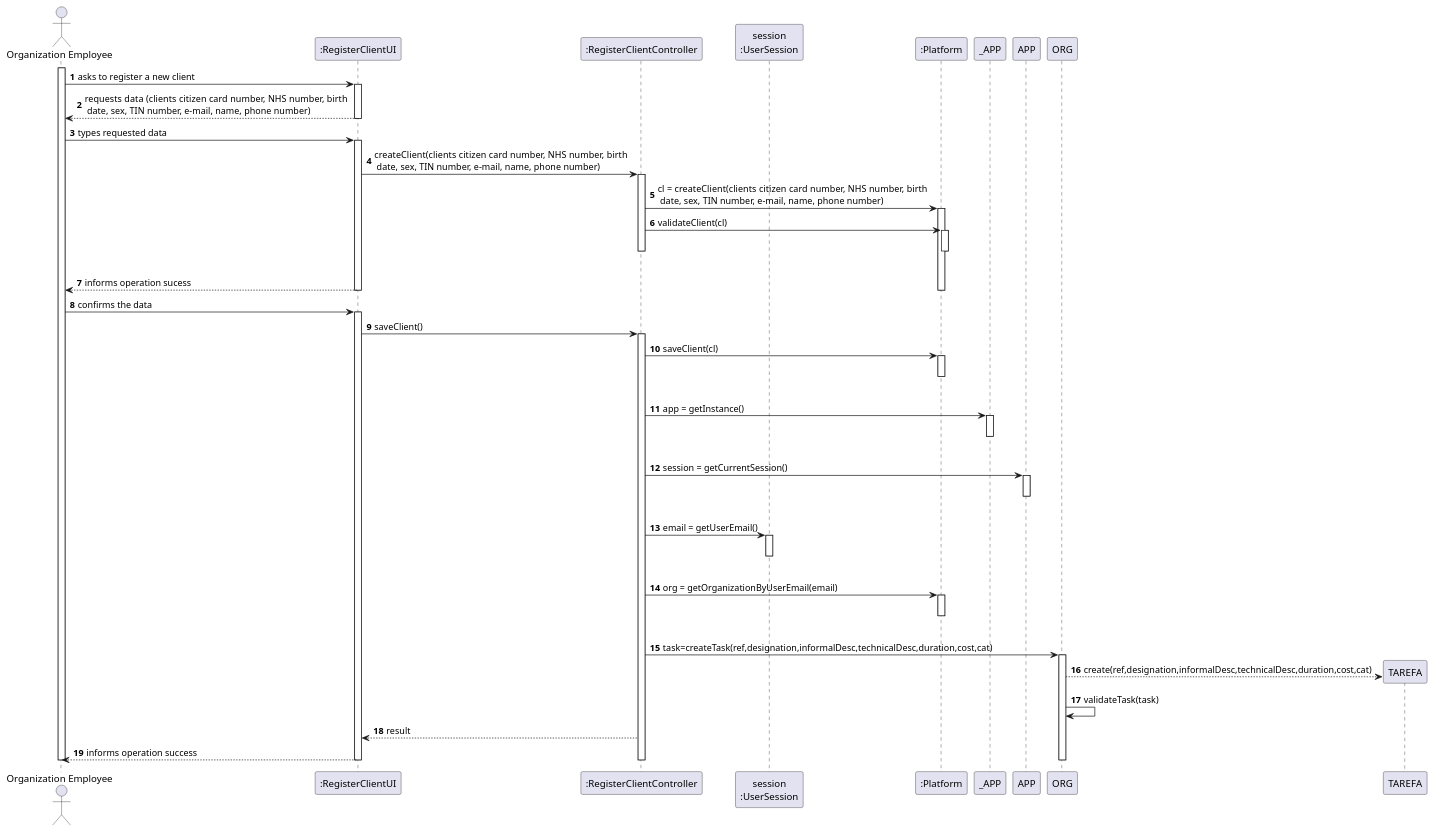
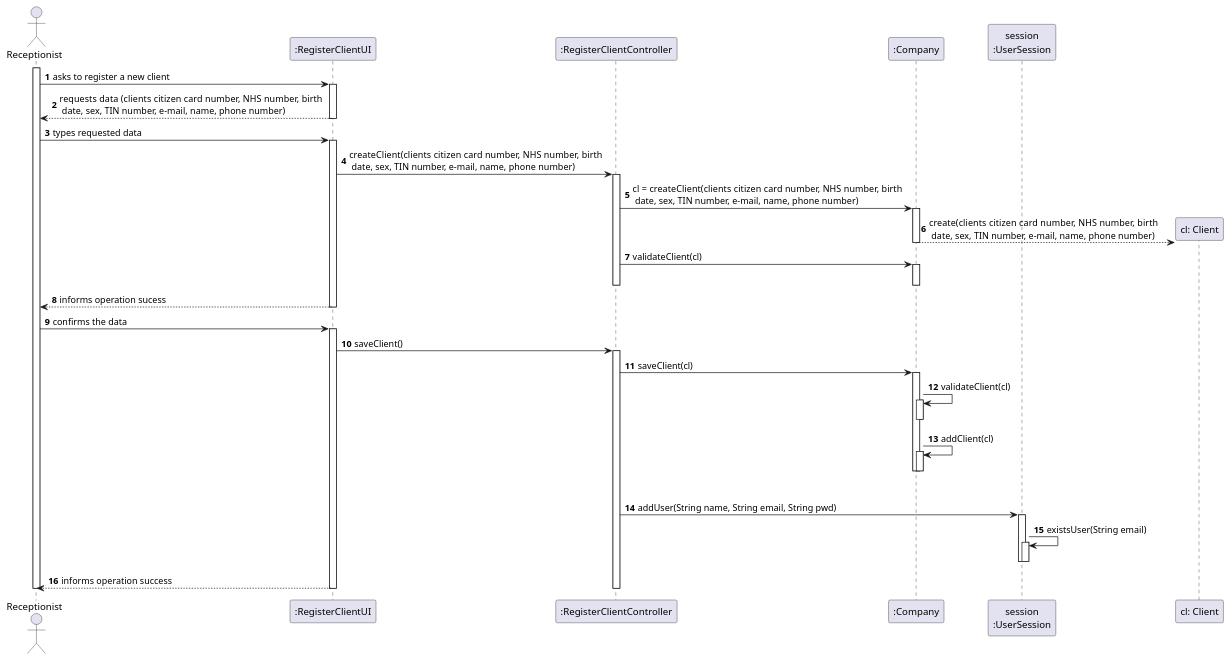
Before and after one commit to ana-albergaria/LAPR2-ISEP: the diagram in docs/SprintB/US_3/US3_SD.puml, drawn with PlantUML. The commit also changed 2 other files, not shown here.

```diff
--- a/docs/SprintB/US_3/US3_SD.puml
+++ b/docs/SprintB/US_3/US3_SD.puml
@@ -1,89 +1,86 @@
 @startuml
 autonumber
 'hide footbox
-actor "Organization Employee" as ADM
+actor "Receptionist" as RC
 
 participant ":RegisterClientUI" as UI
 participant ":RegisterClientController" as CTRL
+participant ":Company" as CP
 participant "session\n:UserSession" as SESSAO
-participant ":Platform" as PLAT
+participant "cl: Client" as CL
 
 
-activate ADM
-ADM -> UI : asks to register a new client
+activate RC
+RC -> UI : asks to register a new client
 activate UI
-UI --> ADM : requests data (clients citizen card number, NHS number,  birth \n date, sex, TIN number, e-mail, name, phone number)
+UI --> RC : requests data (clients citizen card number, NHS number,  birth \n date, sex, TIN number, e-mail, name, phone number)
 deactivate UI
 
-ADM -> UI : types requested data
+RC -> UI : types requested data
 activate UI
 
 UI -> CTRL : createClient(clients citizen card number, NHS number,  birth \n date, sex, TIN number, e-mail, name, phone number)
 activate CTRL
 
-CTRL -> PLAT : cl = createClient(clients citizen card number, NHS number,  birth \n date, sex, TIN number, e-mail, name, phone number)
-activate PLAT
+CTRL -> CP : cl = createClient(clients citizen card number, NHS number,  birth \n date, sex, TIN number, e-mail, name, phone number)
+activate CP
+CP -->  CL** : create(clients citizen card number, NHS number,  birth \n date, sex, TIN number, e-mail, name, phone number)
+deactivate CP
 
-CTRL -> PLAT : validateClient(cl)
-activate PLAT
-|||
-deactivate PLAT
+CTRL -> CP : validateClient(cl)
+activate CP
+
+deactivate CP
 deactivate CTRL
 
-UI --> ADM : informs operation sucess
-deactivate PLAT
+UI --> RC : informs operation sucess
+deactivate CP
 deactivate UI
 
-ADM -> UI : confirms the data
+RC -> UI : confirms the data
 activate UI
 
 UI -> CTRL : saveClient()
 activate CTRL
 
-CTRL -> PLAT : saveClient(cl)
-activate PLAT
+CTRL -> CP : saveClient(cl)
+activate CP
+CP -> CP : validateClient(cl)
+activate CP
+deactivate CP
+CP -> CP : addClient(cl)
+activate CP
+deactivate CP
 |||
-deactivate PLAT
+deactivate CP
 
-CTRL -> _APP: app = getInstance()
-activate _APP
-|||
-deactivate _APP
-
-CTRL -> APP: session = getCurrentSession()
-activate APP
-|||
-deactivate APP
-
-CTRL -> SESSAO: email = getUserEmail()
+CTRL -> SESSAO : addUser(String name, String email, String pwd)
 activate SESSAO
-|||
+SESSAO -> SESSAO : existsUser(String email)
+activate SESSAO
+deactivate SESSAO
 deactivate SESSAO
 
-CTRL -> PLAT: org = getOrganizationByUserEmail(email)
-activate PLAT
-|||
-deactivate PLAT
 
-CTRL -> ORG: task=createTask(ref,designation,informalDesc,technicalDesc,duration,cost,cat)
-activate ORG
 
-ORG --> TAREFA**: create(ref,designation,informalDesc,technicalDesc,duration,cost,cat)
-ORG -> ORG: validateTask(task)
 
-CTRL --> UI: result
 
-UI --> ADM: informs operation success
-deactivate ORG
-deactivate PLAT
+
+
+
+
+
+UI --> RC: informs operation success
+
+deactivate CP
 deactivate CTRL
 deactivate UI
 
 
-deactivate ORG
+
 deactivate CTRL
 deactivate UI
 
-deactivate ADM
+deactivate RC
 
 @enduml
```
